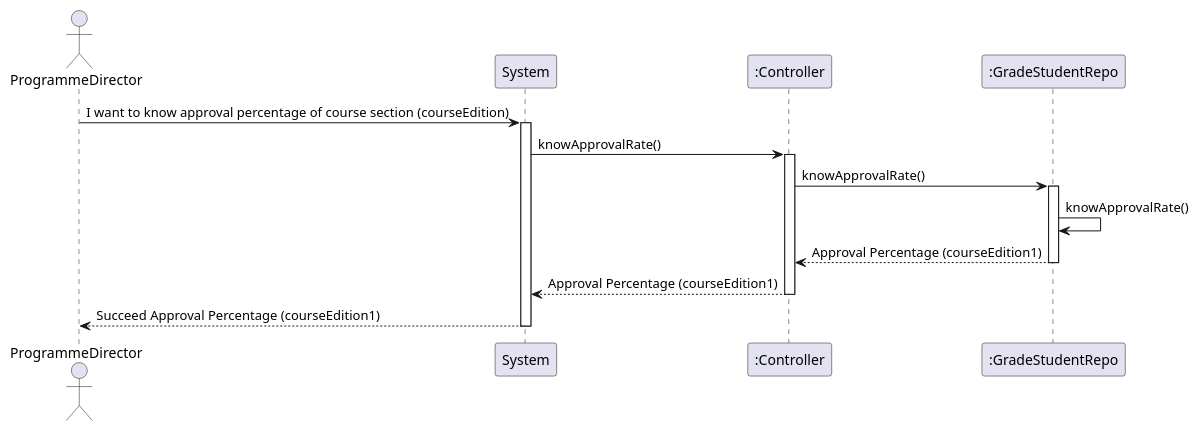
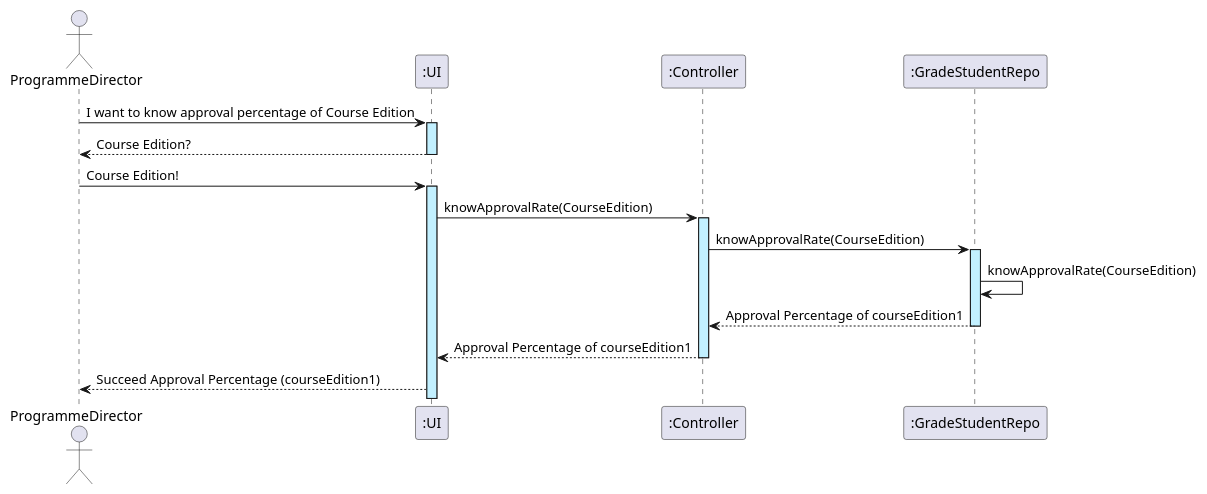
The diagram in docs/sequenceDiagrams/US23/US23_IWantToKnowTheApprovalPercentageOfACourseEdition.puml (GasparISEP/DevOps-PAI), drawn with PlantUML before and after one commit.

Commit message:
- Update Diagram Sequence of US23

```diff
--- a/docs/sequenceDiagrams/US23/US23_IWantToKnowTheApprovalPercentageOfACourseEdition.puml
+++ b/docs/sequenceDiagrams/US23/US23_IWantToKnowTheApprovalPercentageOfACourseEdition.puml
@@ -1,22 +1,22 @@
 @startuml
 actor ProgrammeDirector
 
-participant "System" as S
+participant ":UI" as S
 participant ":Controller" as C
 participant ":GradeStudentRepo" as GSR
 
-ProgrammeDirector -> S : I want to know approval percentage of course section (courseEdition)
-activate S
-S -> C : knowApprovalRate()
-activate C
-C -> GSR : knowApprovalRate()
-activate GSR
-GSR -> GSR : knowApprovalRate()
-GSR --> C : Approval Percentage (courseEdition1)
-deactivate GSR
-C --> S : Approval Percentage (courseEdition1)
-deactivate C
+ProgrammeDirector -> S ++ #application: I want to know approval percentage of Course Edition
+S --> ProgrammeDirector -- : Course Edition?
+ProgrammeDirector -> S ++ #application: Course Edition!
+S -> C ++ #application: knowApprovalRate(CourseEdition)
+C -> GSR ++ #application : knowApprovalRate(CourseEdition)
+
+GSR -> GSR : knowApprovalRate(CourseEdition)
+GSR --> C --: Approval Percentage of courseEdition1
+
+C --> S --: Approval Percentage of courseEdition1
+
 S --> ProgrammeDirector : Succeed Approval Percentage (courseEdition1)
-deactivate S
+
 
 @enduml
```
